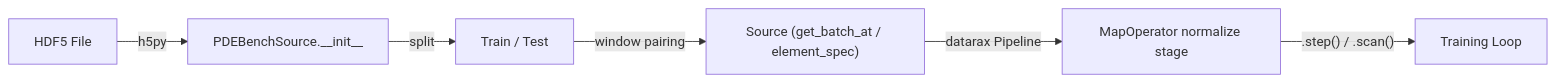
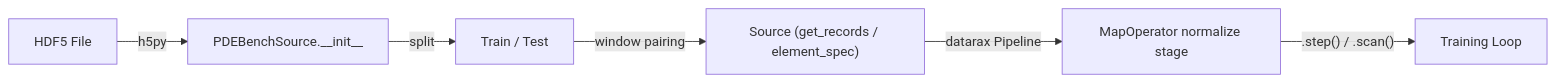
The diagram in docs/examples/data/pdebench-loading.md (avitai/opifex), drawn with Mermaid before and after one commit. The commit also changed other lines of this file and 27 other files, not shown here.

````diff
--- a/docs/examples/data/pdebench-loading.md
+++ b/docs/examples/data/pdebench-loading.md
@@ -67,8 +67,8 @@
 ```mermaid
 graph LR
     A["HDF5 File"] -->|h5py| B["PDEBenchSource.__init__"]
     B -->|split| C["Train / Test"]
-    C -->|window pairing| D["Source (get_batch_at / element_spec)"]
+    C -->|window pairing| D["Source (get_records / element_spec)"]
     D -->|datarax Pipeline| E["MapOperator normalize stage"]
     E -->|".step() / .scan()"| F["Training Loop"]
 ```
````
